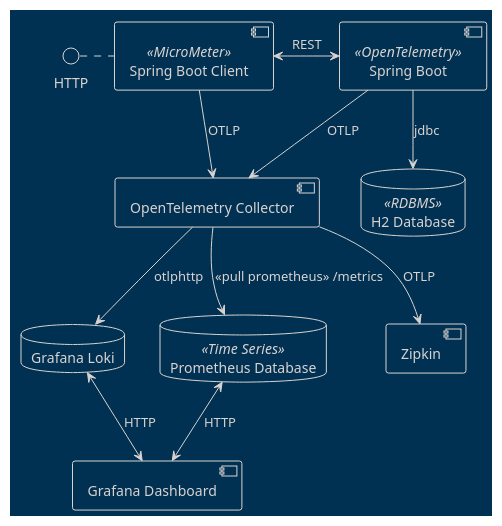
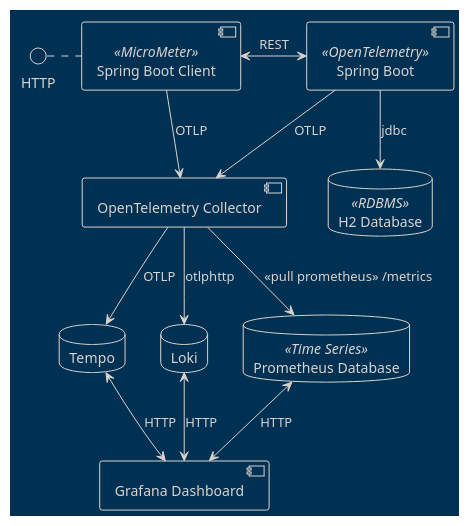
The diagram in otel.plantuml (tuxtor/spring-boot-otel-poc), drawn with PlantUML before and after one commit. The commit also changed 11 other files, not shown here.

```diff
--- a/otel.plantuml
+++ b/otel.plantuml
@@ -1,27 +1,28 @@
 @startuml
 !theme blueprint
 
 interface HTTP
 component "Spring Boot" <<OpenTelemetry>> as springBoot
 component "Spring Boot Client" <<MicroMeter>> as springBootClient
 component "OpenTelemetry Collector" as otelCollector
 database "Prometheus Database" as prometheus <<Time Series>>
 component "Grafana Dashboard" as grafana
-component "Zipkin" as jaeger
-database "Grafana Loki" as loki
+database "Tempo" as tempo
+database "Loki" as loki
 
 database "H2 Database" as books <<RDBMS>>
 
 HTTP .right. springBootClient
 springBoot -down-> books : jdbc
 springBootClient <-right-> springBoot : REST
 
 springBoot -down-> otelCollector : OTLP
 springBootClient -down-> otelCollector : OTLP
 
 otelCollector -down-> prometheus : <<pull prometheus>> /metrics
-otelCollector -down-> jaeger : OTLP
+otelCollector -down-> tempo : OTLP
 otelCollector -down-> loki : otlphttp
 grafana <-up-> prometheus : HTTP
 grafana <-up-> loki : HTTP
+grafana <-up-> tempo : HTTP
 @enduml
```
